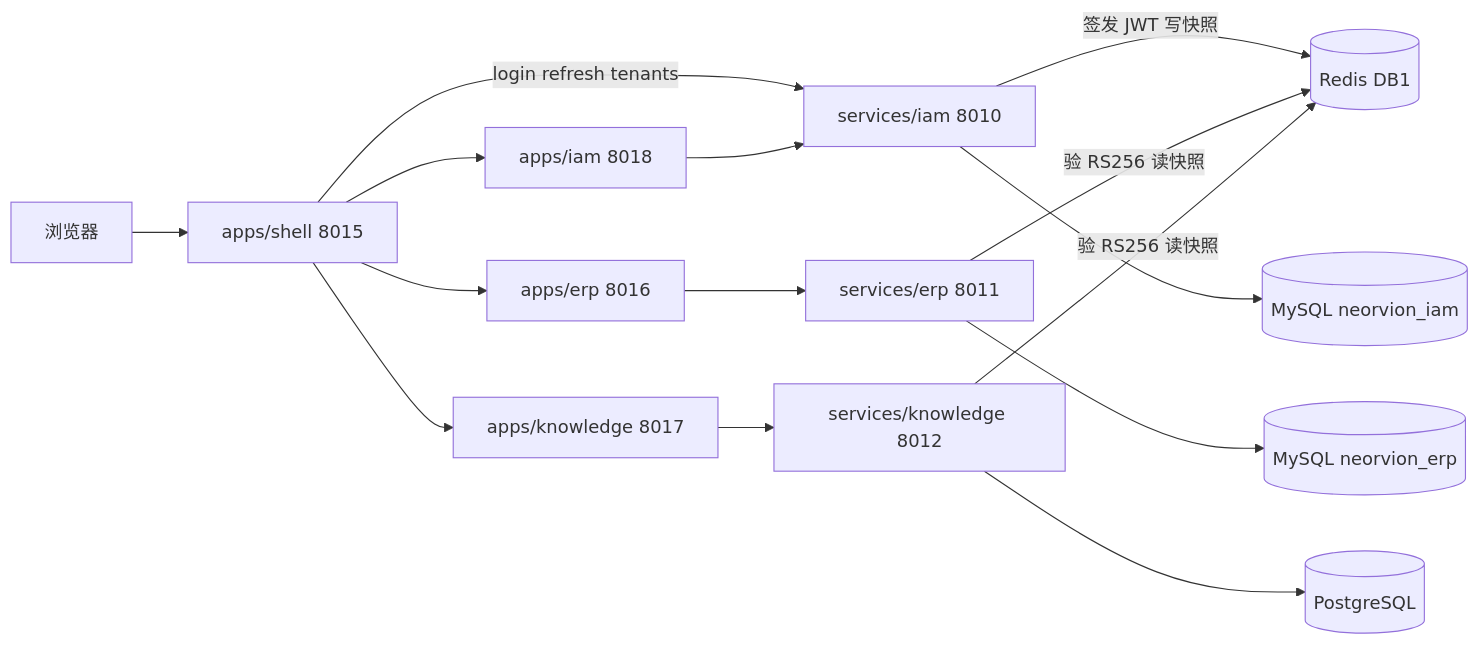
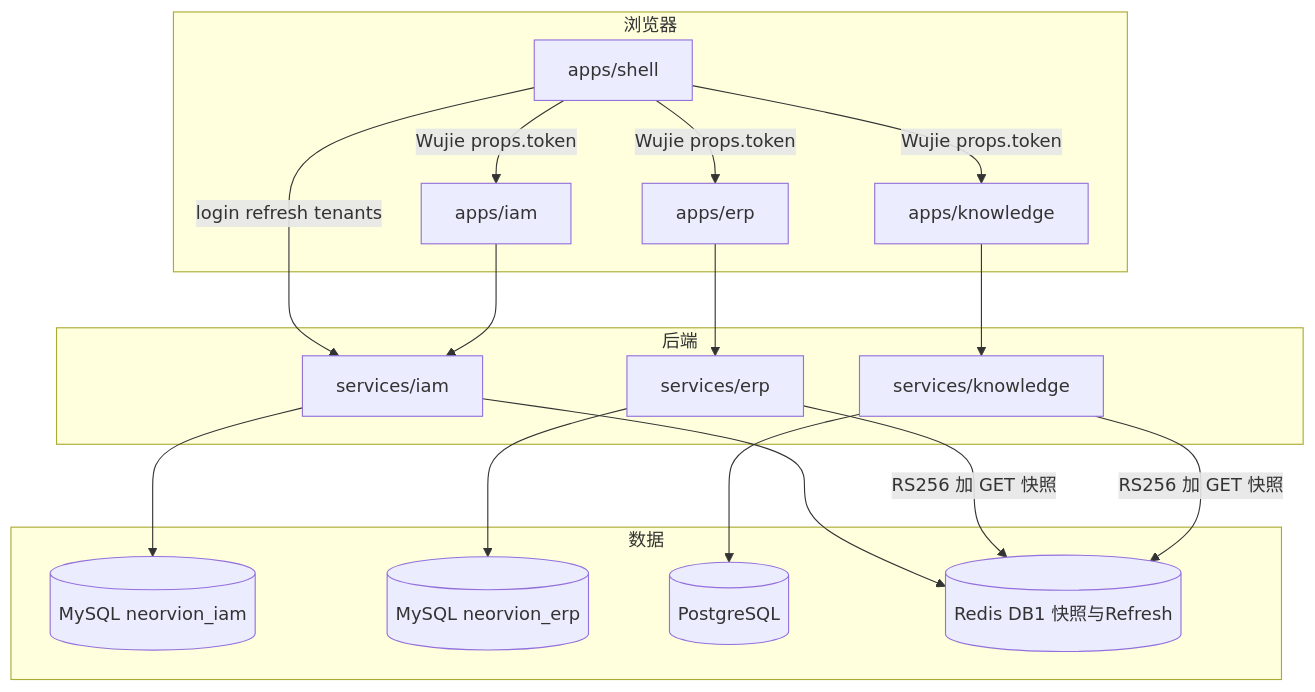
The first of 6 diagrams in docs/architecture/iam-authentication-authorization-guide.md (huochaigg/neorvion-erp), drawn with Mermaid before and after one commit. The commit also changed other lines of this file and 2 other files, not shown here.

Commit message:
docs(iam): Neorvion IAM V1 架构手册 深度完善和优化

````diff
--- a/docs/architecture/iam-authentication-authorization-guide.md
+++ b/docs/architecture/iam-authentication-authorization-guide.md
@@ -75,17 +110,33 @@
 ```mermaid
-flowchart LR
-  Browser[浏览器] --> Shell[apps/shell 8015]
-  Shell -->|login refresh tenants| IAM[services/iam 8010]
-  Shell --> ErpFE[apps/erp 8016]
-  Shell --> KnowFE[apps/knowledge 8017]
-  Shell --> IamFE[apps/iam 8018]
-  ErpFE --> ERP[services/erp 8011]
-  KnowFE --> Knowledge[services/knowledge 8012]
+flowchart TB
+  subgraph browser [浏览器]
+    Shell[apps/shell]
+    ErpFE[apps/erp]
+    KnowFE[apps/knowledge]
+    IamFE[apps/iam]
+  end
+  subgraph apis [后端]
+    IAM[services/iam]
+    ERP[services/erp]
+    KNOW[services/knowledge]
+  end
+  subgraph data [数据]
+    IAMDB[(MySQL neorvion_iam)]
+    ERPDB[(MySQL neorvion_erp)]
+    PG[(PostgreSQL)]
+    Redis[(Redis DB1 快照与Refresh)]
+  end
+  Shell -->|login refresh tenants| IAM
+  Shell -->|Wujie props.token| ErpFE
+  Shell -->|Wujie props.token| KnowFE
+  Shell -->|Wujie props.token| IamFE
+  ErpFE --> ERP
+  KnowFE --> KNOW
   IamFE --> IAM
-  IAM -->|签发 JWT 写快照| Redis[(Redis DB1)]
-  ERP -->|验 RS256 读快照| Redis
-  Knowledge -->|验 RS256 读快照| Redis
-  IAM --> IAMDB[(MySQL neorvion_iam)]
-  ERP --> ERPDB[(MySQL neorvion_erp)]
-  Knowledge --> PG[(PostgreSQL)]
+  IAM --> IAMDB
+  IAM --> Redis
+  ERP -->|RS256 加 GET 快照| Redis
+  KNOW -->|RS256 加 GET 快照| Redis
+  ERP --> ERPDB
+  KNOW --> PG
 ```
````
